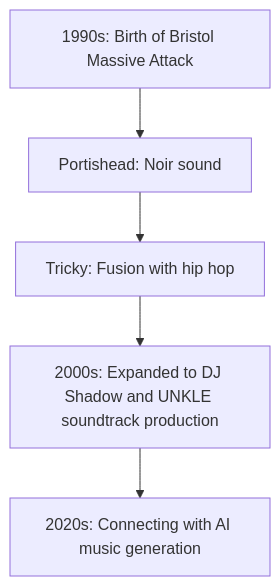
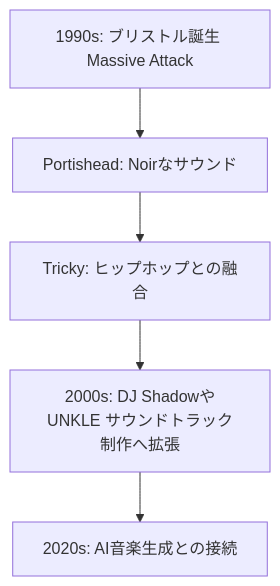
One commit to monumental-movement/monumental-movement.github.io changed the first of 2 diagrams in en/_posts/2025-09-21-Column-Triphop.md. Above: the diagram before and after it, drawn with Mermaid. The commit also changed other lines of this file and 1724 other files, not shown here.

```diff
--- a/en/_posts/2025-09-21-Column-Triphop.md
+++ b/en/_posts/2025-09-21-Column-Triphop.md
@@ -54,7 +56,7 @@
 <div class="mermaid">
 flowchart TD
-A["1990s: Birth of Bristol Massive Attack"] --> B["Portishead: Noir sound"]
-B --> C["Tricky: Fusion with hip hop"]
-C --> D["2000s: Expanded to DJ Shadow and UNKLE soundtrack production"]
-D --> E["2020s: Connecting with AI music generation"]
+    A["1990s: ブリストル誕生 Massive Attack"] --> B["Portishead: Noirなサウンド"]
+    B --> C["Tricky: ヒップホップとの融合"]
+    C --> D["2000s: DJ ShadowやUNKLE サウンドトラック制作へ拡張"]
+    D --> E["2020s: AI音楽生成との接続"]
 </div>
```
